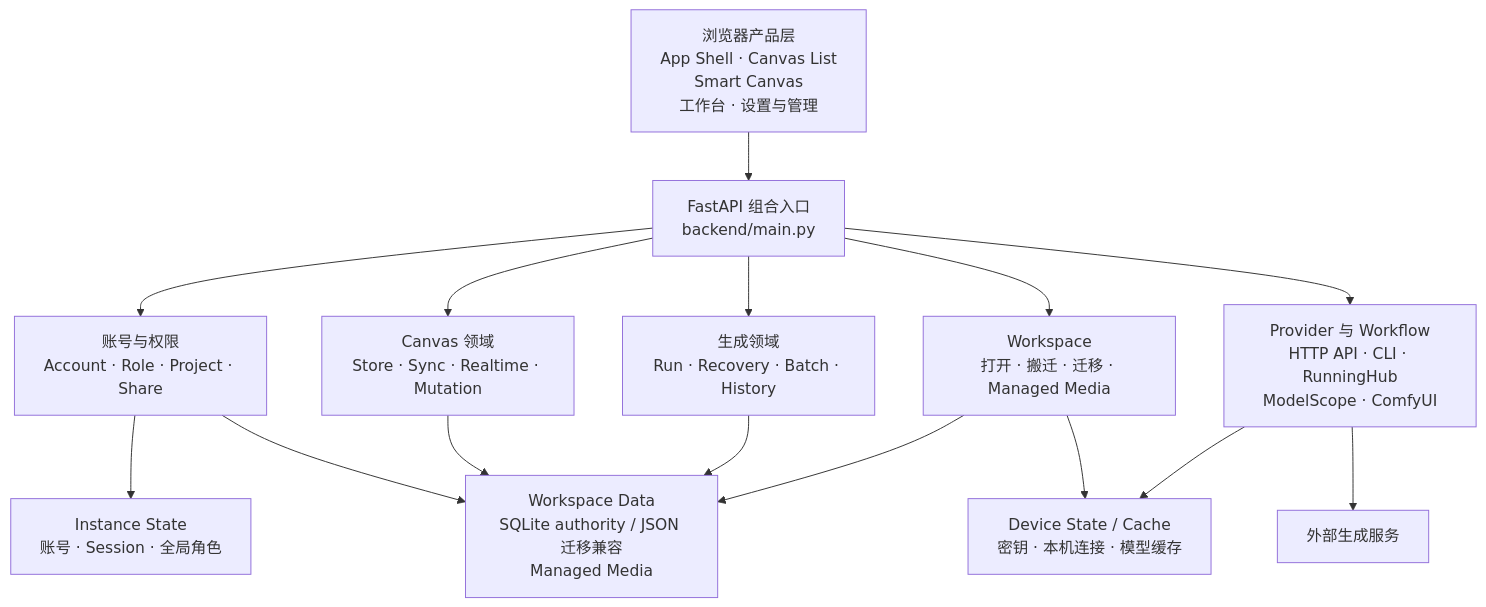
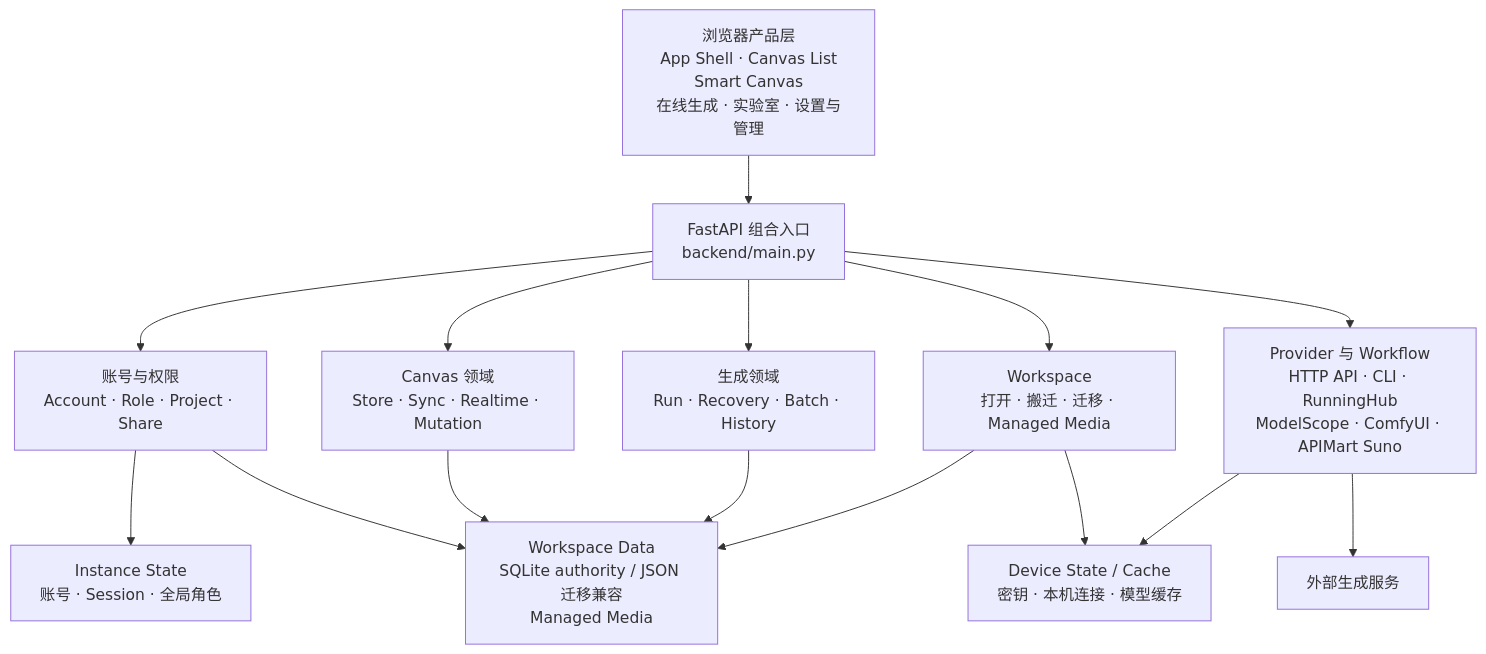
Before and after one commit to lazyq666/reroll-ai-canvas: the first of 2 diagrams in docs/PROJECT-MAP.md, drawn with Mermaid. The commit also changed other lines of this file and 140 other files, not shown here.

````diff
--- a/docs/PROJECT-MAP.md
+++ b/docs/PROJECT-MAP.md
@@ -48,29 +48,29 @@
 ```mermaid
 flowchart TB
-    UI["浏览器产品层<br/>App Shell · Canvas List<br/>Smart Canvas<br/>工作台 · 设置与管理"]
+    UI["浏览器产品层<br/>App Shell · Canvas List<br/>Smart Canvas<br/>在线生成 · 实验室 · 设置与管理"]
     API["FastAPI 组合入口<br/>backend/main.py"]
     AUTH["账号与权限<br/>Account · Role · Project · Share"]
     CANVAS["Canvas 领域<br/>Store · Sync · Realtime · Mutation"]
     GEN["生成领域<br/>Run · Recovery · Batch · History"]
     WORKSPACE["Workspace<br/>打开 · 搬迁 · 迁移 · Managed Media"]
-    PROVIDER["Provider 与 Workflow<br/>HTTP API · CLI · RunningHub<br/>ModelScope · ComfyUI"]
+    PROVIDER["Provider 与 Workflow<br/>HTTP API · CLI · RunningHub<br/>ModelScope · ComfyUI · APIMart Suno"]
     INSTANCE["Instance State<br/>账号 · Session · 全局角色"]
     CONTENT["Workspace Data<br/>SQLite authority / JSON 迁移兼容<br/>Managed Media"]
     DEVICE["Device State / Cache<br/>密钥 · 本机连接 · 模型缓存"]
     EXTERNAL["外部生成服务"]
 
     UI --> API
     API --> AUTH
     API --> CANVAS
     API --> GEN
     API --> WORKSPACE
     API --> PROVIDER
     AUTH --> INSTANCE
     AUTH --> CONTENT
     CANVAS --> CONTENT
     GEN --> CONTENT
     WORKSPACE --> CONTENT
     WORKSPACE --> DEVICE
     PROVIDER --> DEVICE
     PROVIDER --> EXTERNAL
 ```
````
